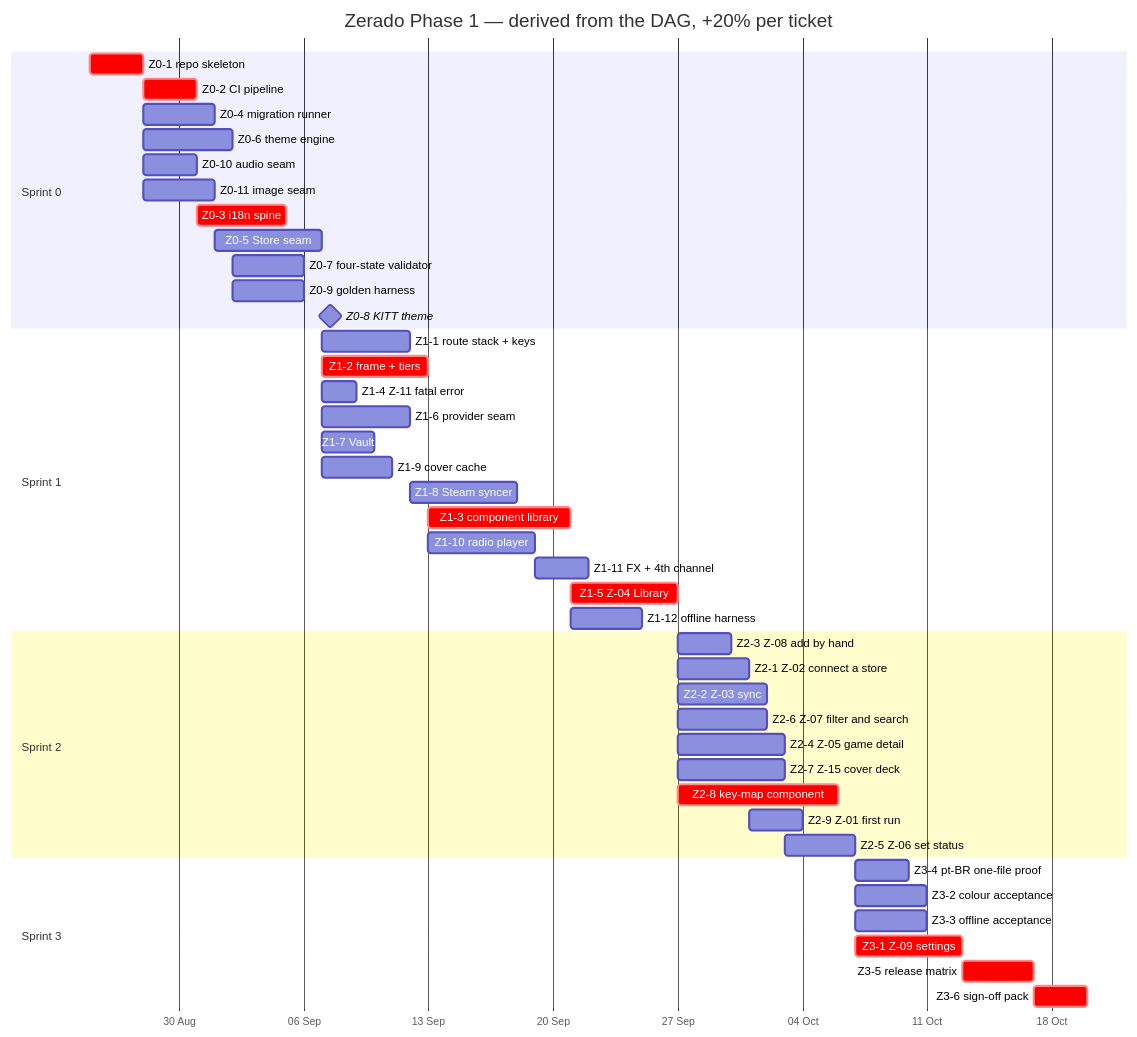
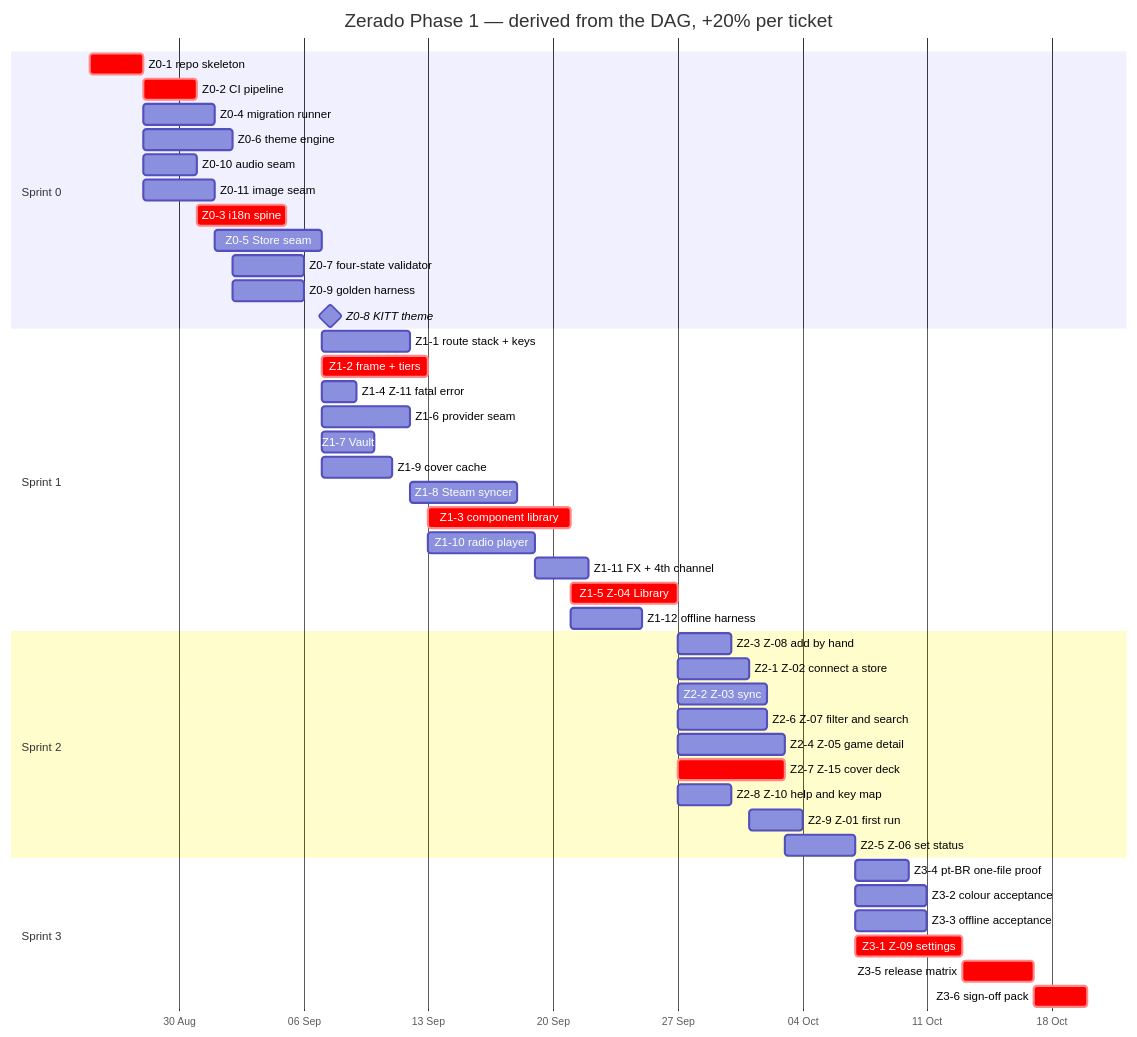
Before and after one commit to JustCode-CruzAlex/Zerado: the second of 2 diagrams in docs/plan/00-phase-1-delivery-dag.md, drawn with Mermaid. The commit also changed other lines of this file and 1 other file, not shown here.

First line of the commit message:
docs(#7): emit the 38 Phase 1 units, derive every date, prove the chart

````diff
--- a/docs/plan/00-phase-1-delivery-dag.md
+++ b/docs/plan/00-phase-1-delivery-dag.md
@@ -336,52 +333,52 @@
 ```mermaid
 gantt
     title Zerado Phase 1 — derived from the DAG, +20% per ticket
     dateFormat YYYY-MM-DD
     axisFormat %d %b
 
     section Sprint 0
     Z0-1 repo skeleton          :crit, z01, 2026-08-25, 3d
     Z0-2 CI pipeline            :crit, z02, 2026-08-28, 3d
     Z0-4 migration runner       :z04, 2026-08-28, 4d
     Z0-6 theme engine           :z06, 2026-08-28, 5d
     Z0-10 audio seam            :z010, 2026-08-28, 3d
     Z0-11 image seam            :z011, 2026-08-28, 4d
     Z0-3 i18n spine             :crit, z03, 2026-08-31, 5d
     Z0-5 Store seam             :z05, 2026-09-01, 6d
     Z0-7 four-state validator   :z07, 2026-09-02, 4d
     Z0-9 golden harness         :z09, 2026-09-02, 4d
     Z0-8 KITT theme             :milestone, z08, 2026-09-06, 3d
 
     section Sprint 1
     Z1-1 route stack + keys     :z11, 2026-09-07, 5d
     Z1-2 frame + tiers          :crit, z12, 2026-09-07, 6d
     Z1-4 Z-11 fatal error       :z14, 2026-09-07, 2d
     Z1-6 provider seam          :z16, 2026-09-07, 5d
     Z1-7 Vault                  :z17, 2026-09-07, 3d
     Z1-9 cover cache            :z19, 2026-09-07, 4d
     Z1-8 Steam syncer           :z18, 2026-09-12, 6d
     Z1-3 component library      :crit, z13, 2026-09-13, 8d
     Z1-10 radio player          :z110, 2026-09-13, 6d
     Z1-11 FX + 4th channel      :z111, 2026-09-19, 3d
     Z1-5 Z-04 Library           :crit, z15, 2026-09-21, 6d
     Z1-12 offline harness       :z112, 2026-09-21, 4d
 
     section Sprint 2
     Z2-3 Z-08 add by hand       :z23, 2026-09-27, 3d
     Z2-1 Z-02 connect a store   :z21, 2026-09-27, 4d
     Z2-2 Z-03 sync              :z22, 2026-09-27, 5d
     Z2-6 Z-07 filter and search :z26, 2026-09-27, 5d
     Z2-4 Z-05 game detail       :z24, 2026-09-27, 6d
-    Z2-7 Z-15 cover deck        :z27, 2026-09-27, 6d
-    Z2-8 key-map component      :crit, z28, 2026-09-27, 9d
+    Z2-7 Z-15 cover deck        :crit, z27, 2026-09-27, 6d
+    Z2-8 Z-10 help and key map  :z28, 2026-09-27, 3d
     Z2-9 Z-01 first run         :z29, 2026-10-01, 3d
     Z2-5 Z-06 set status        :z25, 2026-10-03, 4d
 
     section Sprint 3
     Z3-4 pt-BR one-file proof   :z34, 2026-10-07, 3d
     Z3-2 colour acceptance      :z32, 2026-10-07, 4d
     Z3-3 offline acceptance     :z33, 2026-10-07, 4d
     Z3-1 Z-09 settings          :crit, z31, 2026-10-07, 6d
     Z3-5 release matrix         :crit, z35, 2026-10-13, 4d
     Z3-6 sign-off pack          :crit, z36, 2026-10-17, 3d
 ```
````
